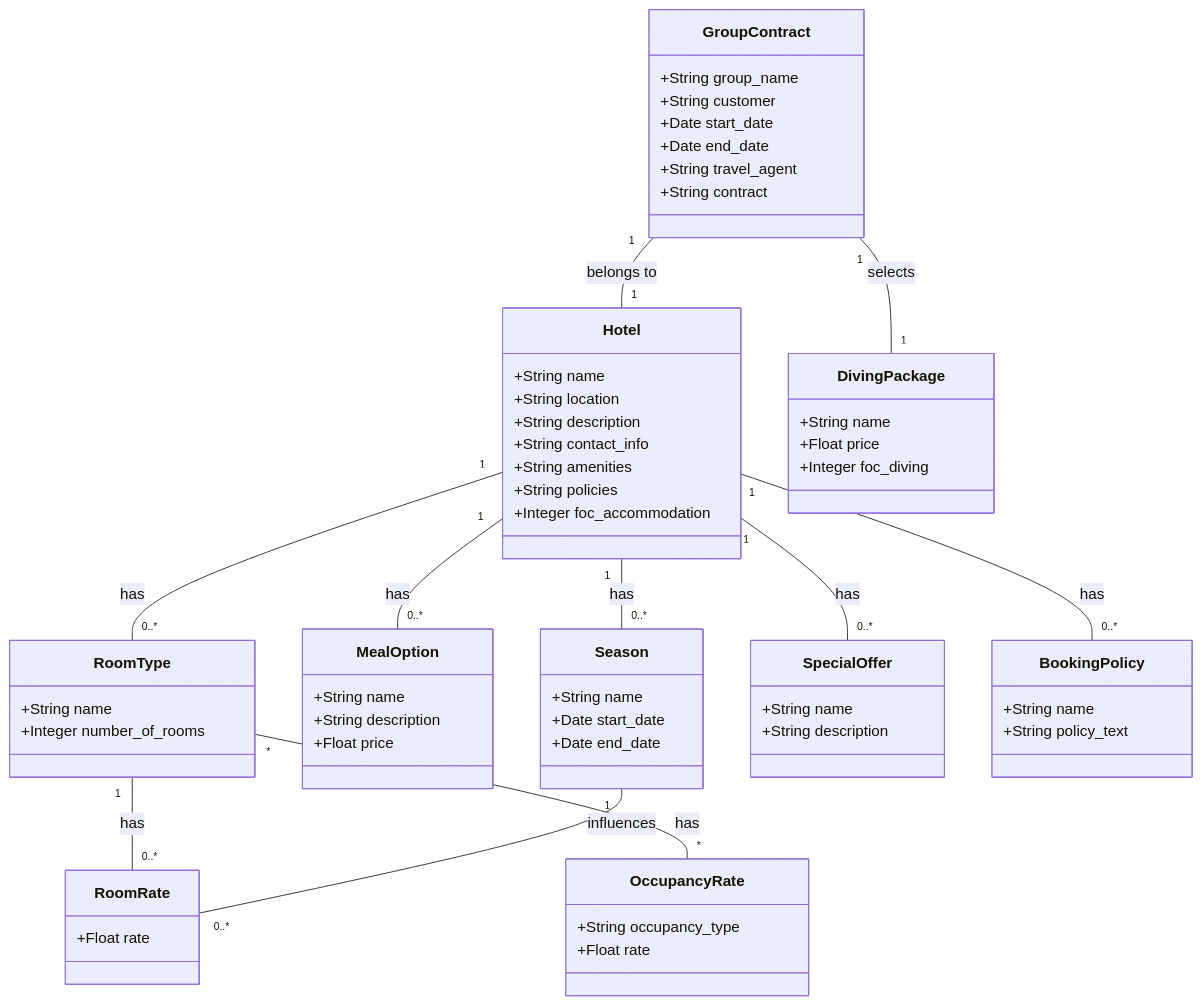
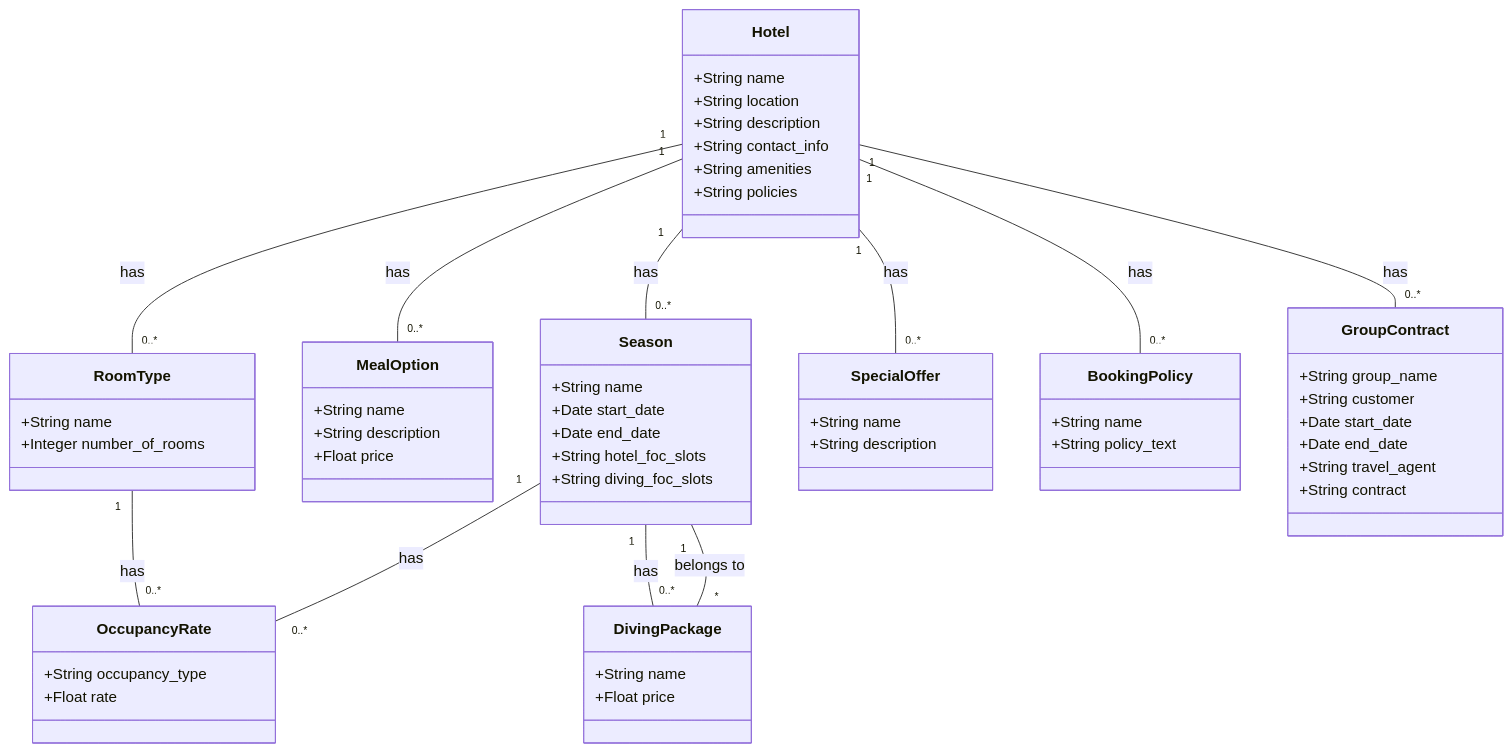
Before and after one commit to spizeck/SeaSabaBackend: the diagram in README.md, drawn with Mermaid. The commit also changed 3 other files, not shown here.

````diff
--- a/README.md
+++ b/README.md
@@ -81,64 +81,62 @@
 ```mermaid
+
 classDiagram
     class Hotel {
       +String name
       +String location
       +String description
       +String contact_info
       +String amenities
       +String policies
-      +Integer foc_accommodation
     }
     class RoomType {
       +String name
       +Integer number_of_rooms
     }
     class OccupancyRate {
       +String occupancy_type
-      +Float rate
-    }
-    class RoomRate {
       +Float rate
     }
     class MealOption {
       +String name
       +String description
       +Float price
     }
     class Season {
       +String name
       +Date start_date
       +Date end_date
+      +String hotel_foc_slots
+      +String diving_foc_slots
     }
     class DivingPackage {
       +String name
       +Float price
-      +Integer foc_diving
     }
     class SpecialOffer {
       +String name
       +String description
     }
     class BookingPolicy {
       +String name
       +String policy_text
     }
     class GroupContract {
       +String group_name
       +String customer
       +Date start_date
       +Date end_date
       +String travel_agent
       +String contract
     }
     Hotel "1" -- "0..*" RoomType : has
     Hotel "1" -- "0..*" MealOption : has
     Hotel "1" -- "0..*" SpecialOffer : has
     Hotel "1" -- "0..*" BookingPolicy : has
     Hotel "1" -- "0..*" Season : has
-    RoomType "1" -- "0..*" RoomRate : has
-    RoomType "*" -- "*" OccupancyRate : has
-    Season "1" -- "0..*" RoomRate : influences
-    GroupContract "1" -- "1" Hotel : belongs to
-    GroupContract "1" -- "1" DivingPackage : selects
+    Hotel "1" -- "0..*" GroupContract : has
+    RoomType "1" -- "0..*" OccupancyRate : has
+    Season "1" -- "0..*" OccupancyRate : has
+    Season "1" -- "0..*" DivingPackage : has
+    DivingPackage "*" -- "1" Season : belongs to
 ```
````
